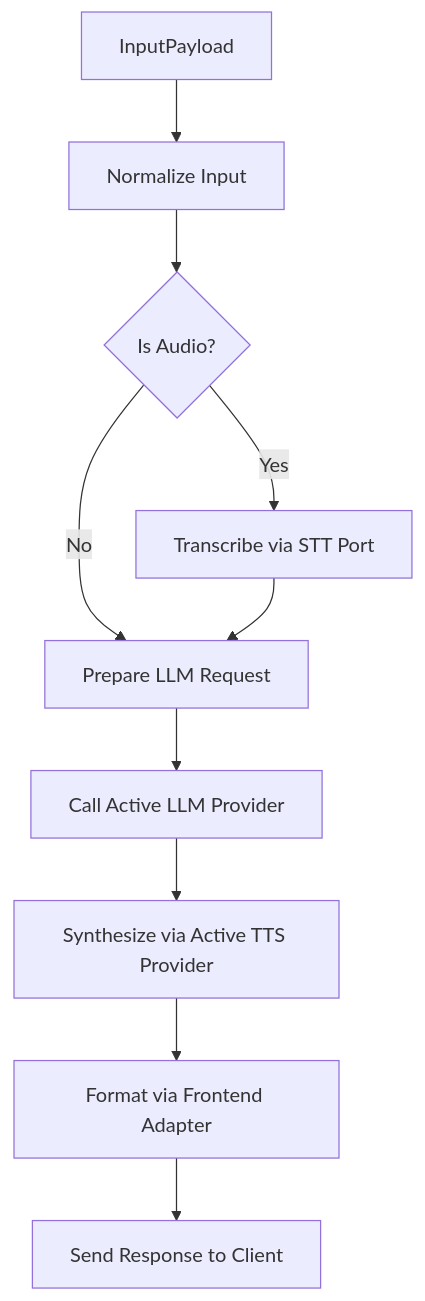
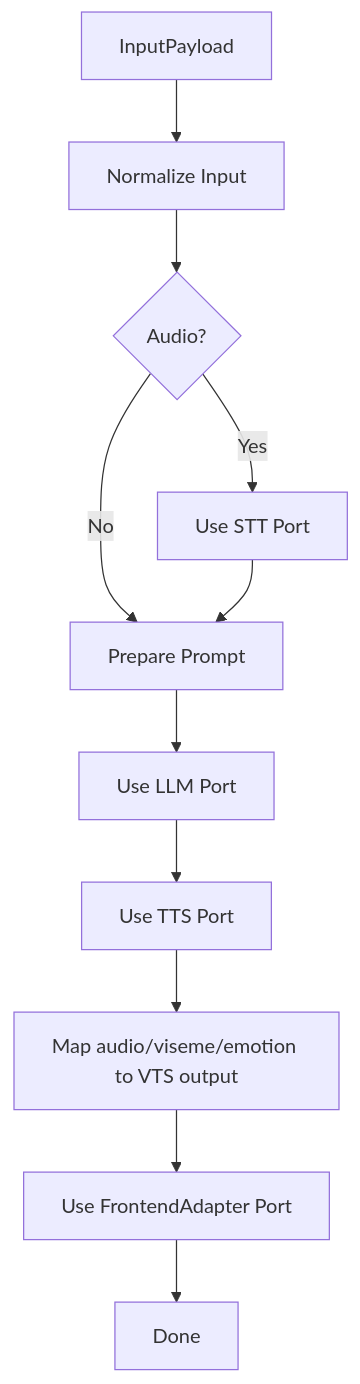
Before and after one commit to Jonathan0823/VoxaLive: the seventh of 10 diagrams in docs/04_BACKEND_DESIGN.md, drawn with Mermaid. The commit also changed other lines of this file, not shown here.

```diff
--- a/docs/04_BACKEND_DESIGN.md
+++ b/docs/04_BACKEND_DESIGN.md
@@ -285,12 +558,15 @@
 ~~~mermaid
 flowchart TD
     Input[InputPayload] --> Normalize[Normalize Input]
-    Normalize --> CheckAudio{Is Audio?}
-    CheckAudio -->|Yes| Transcribe[Transcribe via STT Port]
-    CheckAudio -->|No| Prompt[Prepare LLM Request]
-    Transcribe --> Prompt
-    Prompt --> LLM[Call Active LLM Provider]
-    LLM --> TTS[Synthesize via Active TTS Provider]
-    TTS --> Adapter[Format via Frontend Adapter]
-    Adapter --> Send[Send Response to Client]
+    Normalize --> AudioCheck{Audio?}
+
+    AudioCheck -->|Yes| STT[Use STT Port]
+    AudioCheck -->|No| PreparePrompt[Prepare Prompt]
+
+    STT --> PreparePrompt
+    PreparePrompt --> LLM[Use LLM Port]
+    LLM --> TTS[Use TTS Port]
+    TTS --> MapVTS[Map audio/viseme/emotion to VTS output]
+    MapVTS --> Frontend[Use FrontendAdapter Port]
+    Frontend --> Done[Done]
 ~~~
```
